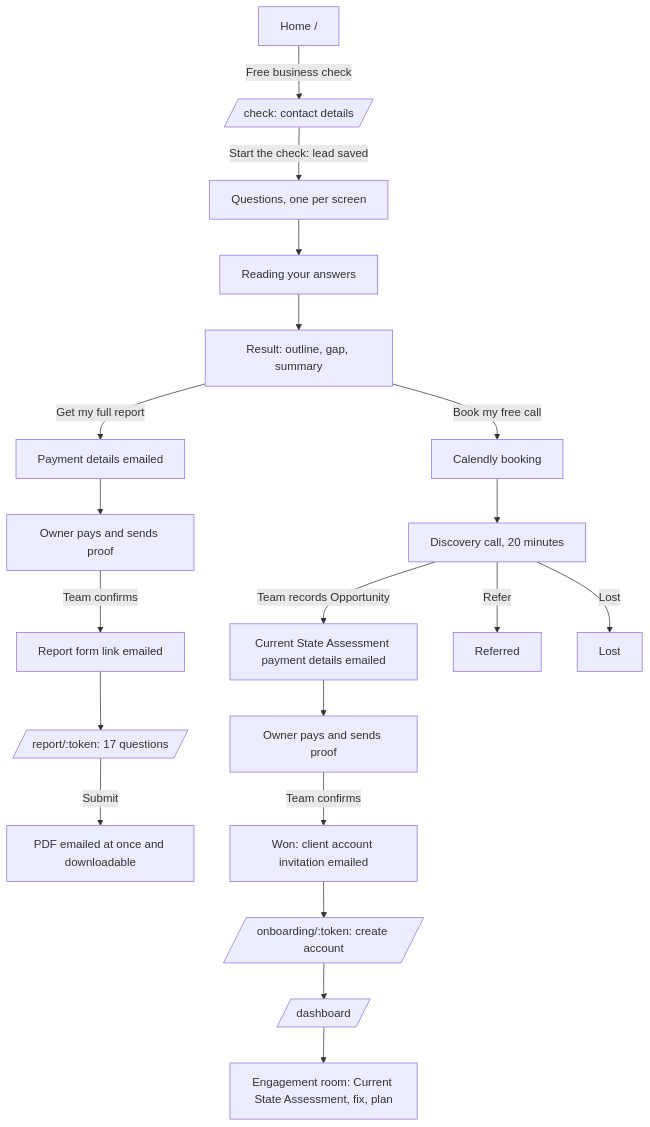
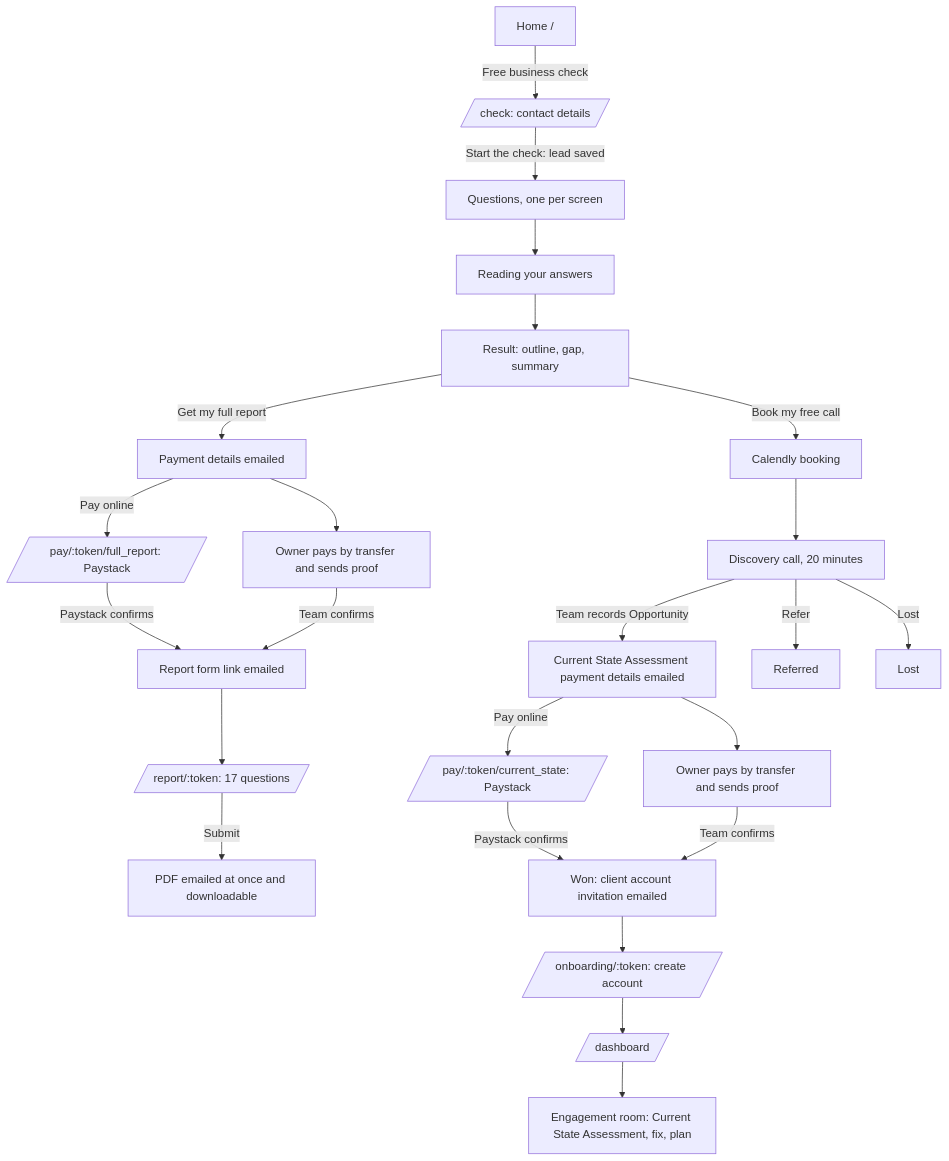
Before and after one commit to IPfactory01/IPF-SME: the first of 3 diagrams in docs/product/03-app-flow.md, drawn with Mermaid. The commit also changed other lines of this file and 38 other files, not shown here.

````diff
--- a/docs/product/03-app-flow.md
+++ b/docs/product/03-app-flow.md
@@ -49,22 +52,26 @@
 ```mermaid
 flowchart TD
   A[Home /] -->|Free business check| B[/check: contact details/]
   B -->|Start the check: lead saved| C[Questions, one per screen]
   C --> D[Reading your answers]
   D --> E[Result: outline, gap, summary]
   E -->|Book my free call| F[Calendly booking]
   E -->|Get my full report| G[Payment details emailed]
-  G --> G2[Owner pays and sends proof]
+  G -->|Pay online| GP[/pay/:token/full_report: Paystack/]
+  GP -->|Paystack confirms| G3
+  G --> G2[Owner pays by transfer and sends proof]
   G2 -->|Team confirms| G3[Report form link emailed]
   G3 --> G4[/report/:token: 17 questions/]
   G4 -->|Submit| G5[PDF emailed at once and downloadable]
   F --> H[Discovery call, 20 minutes]
   H -->|Team records Opportunity| I[Current State Assessment payment details emailed]
   H -->|Refer| R[Referred]
   H -->|Lost| L[Lost]
-  I --> I2[Owner pays and sends proof]
+  I -->|Pay online| IP[/pay/:token/current_state: Paystack/]
+  IP -->|Paystack confirms| J
+  I --> I2[Owner pays by transfer and sends proof]
   I2 -->|Team confirms| J[Won: client account invitation emailed]
   J --> K[/onboarding/:token: create account/]
   K --> M[/dashboard/]
   M --> N[Engagement room: Current State Assessment, fix, plan]
 ```
````
